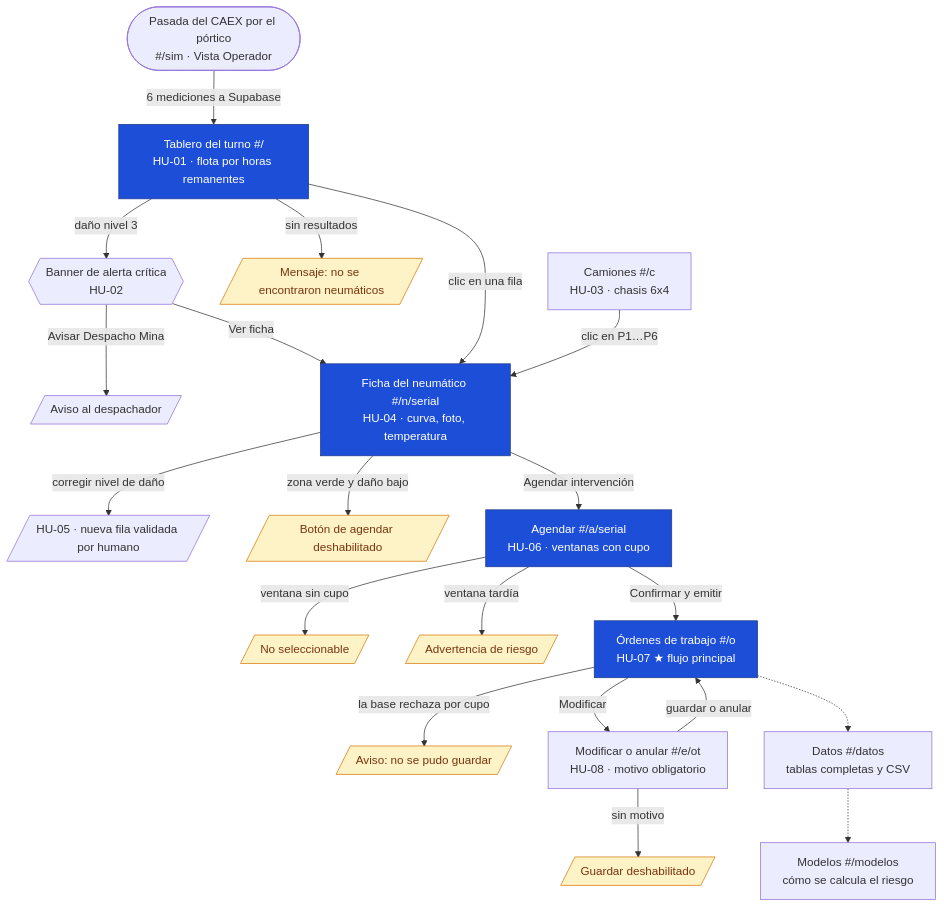
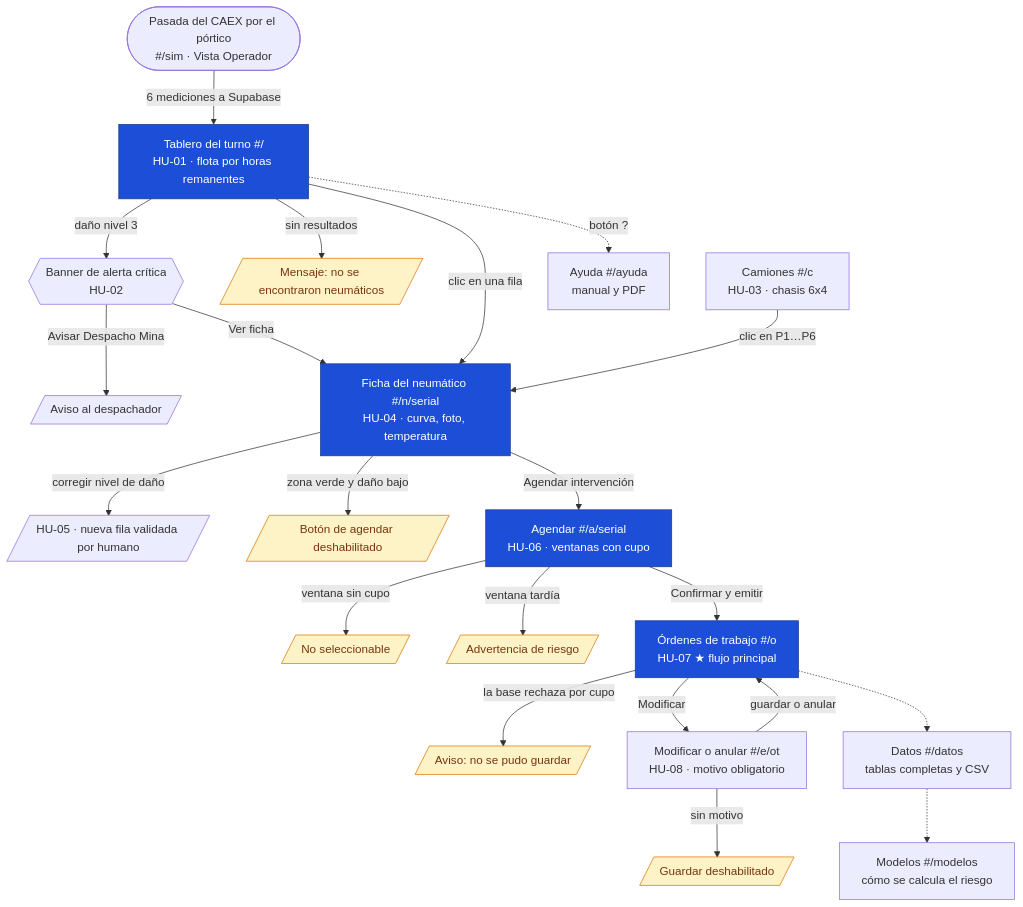
Before and after one commit to mavalosc/control-neumaticos-caex: the second of 3 diagrams in docs/experiencia-usuario.md, drawn with Mermaid. The commit also changed other lines of this file, not shown here.

Commit message:
PROP-01: especificaciones de ayuda (ESP-F-16/17) y perfil de evaluadores

````diff
--- a/docs/experiencia-usuario.md
+++ b/docs/experiencia-usuario.md
@@ -62,37 +63,38 @@
 ```mermaid
 flowchart TD
     P([Pasada del CAEX por el pórtico<br/>#/sim · Vista Operador]) -->|6 mediciones a Supabase| T
 
     T["Tablero del turno #/<br/>HU-01 · flota por horas remanentes"]
     T -->|daño nivel 3| AL{{"Banner de alerta crítica<br/>HU-02"}}
     AL -->|Avisar Despacho Mina| DES[/Aviso al despachador/]
     AL -->|Ver ficha| F
     T -->|clic en una fila| F
     T -->|sin resultados| T0[/"Mensaje: no se encontraron neumáticos"/]
 
     C["Camiones #/c<br/>HU-03 · chasis 6x4"] -->|clic en P1…P6| F
 
     F["Ficha del neumático #/n/serial<br/>HU-04 · curva, foto, temperatura"]
     F -->|corregir nivel de daño| F5[/"HU-05 · nueva fila validada por humano"/]
     F -->|zona verde y daño bajo| FX[/"Botón de agendar deshabilitado"/]
     F -->|Agendar intervención| A
 
     A["Agendar #/a/serial<br/>HU-06 · ventanas con cupo"]
     A -->|ventana sin cupo| AX[/"No seleccionable"/]
     A -->|ventana tardía| AW[/"Advertencia de riesgo"/]
     A -->|Confirmar y emitir| O
 
     O["Órdenes de trabajo #/o<br/>HU-07 ★ flujo principal"]
     O -->|la base rechaza por cupo| OX[/"Aviso: no se pudo guardar"/]
     O -->|Modificar| E["Modificar o anular #/e/ot<br/>HU-08 · motivo obligatorio"]
     E -->|sin motivo| EX[/"Guardar deshabilitado"/]
     E -->|guardar o anular| O
 
     O -.-> D["Datos #/datos<br/>tablas completas y CSV"]
     D -.-> M["Modelos #/modelos<br/>cómo se calcula el riesgo"]
+    T -.->|botón ?| H["Ayuda #/ayuda<br/>manual y PDF"]
 
     classDef principal fill:#1d4ed8,color:#fff,stroke:#1e3a8a
     classDef excepcion fill:#fef3c7,color:#78350f,stroke:#d97706
     class T,F,A,O principal
     class T0,FX,AX,AW,OX,EX excepcion
 ```
````
